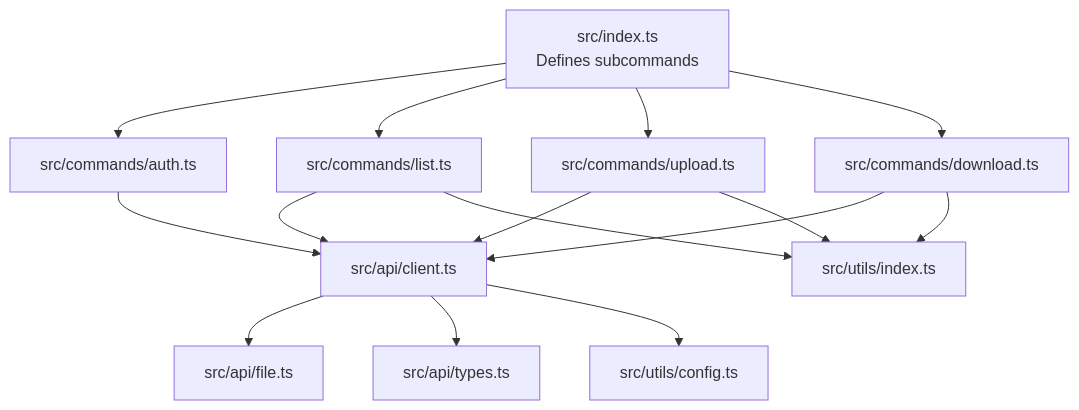
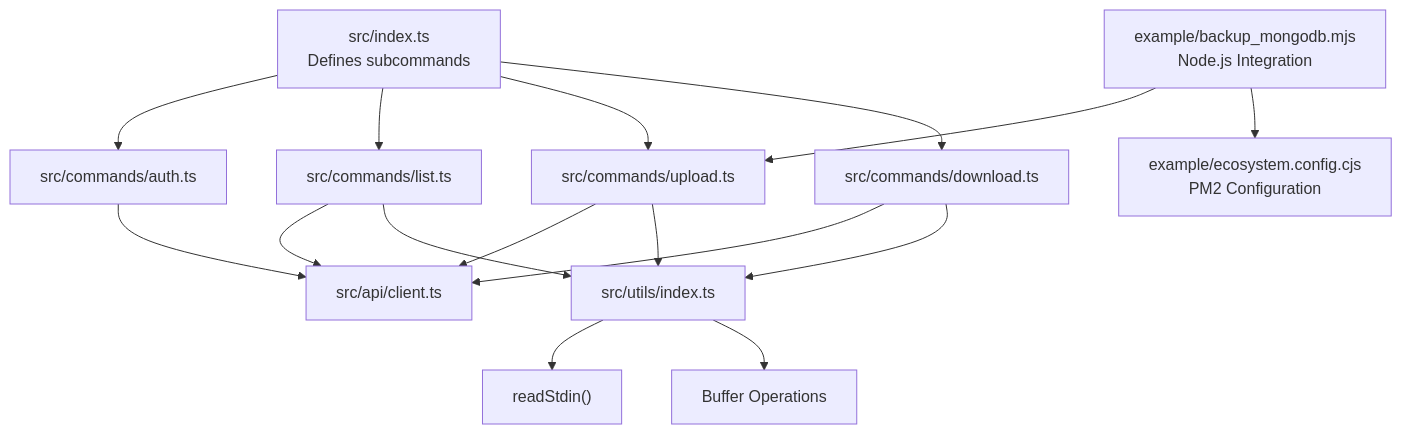
One commit to yuexiaoliang/baiduwangpan-manager changed the first of 3 diagrams in .qoder/repowiki/en/content/Command Reference/Command Reference.md. Above: the diagram before and after it, drawn with Mermaid. The commit also changed other lines of this file and 30 other files, not shown here.

````diff
--- a/.qoder/repowiki/en/content/Command Reference/Command Reference.md
+++ b/.qoder/repowiki/en/content/Command Reference/Command Reference.md
@@ -37,17 +48,18 @@
 ```mermaid
 graph TB
 Entry["src/index.ts<br/>Defines subcommands"] --> Auth["src/commands/auth.ts"]
 Entry --> List["src/commands/list.ts"]
 Entry --> Upload["src/commands/upload.ts"]
 Entry --> Download["src/commands/download.ts"]
 Auth --> APIClient["src/api/client.ts"]
 List --> APIClient
 Upload --> APIClient
 Download --> APIClient
-APIClient --> FileAPI["src/api/file.ts"]
-APIClient --> Types["src/api/types.ts"]
-APIClient --> Config["src/utils/config.ts"]
 Upload --> Utils["src/utils/index.ts"]
 List --> Utils
 Download --> Utils
+Utils --> Stdin["readStdin()"]
+Utils --> BufferOps["Buffer Operations"]
+Examples["example/backup_mongodb.mjs<br/>Node.js Integration"] --> Upload
+Examples --> PM2["example/ecosystem.config.cjs<br/>PM2 Configuration"]
 ```
````
